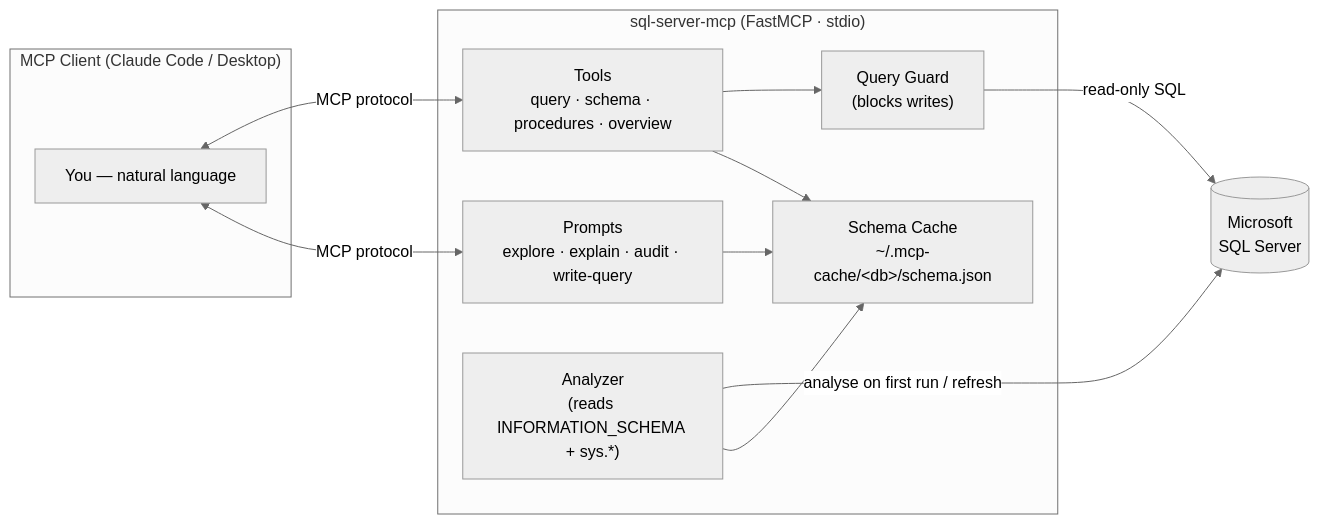
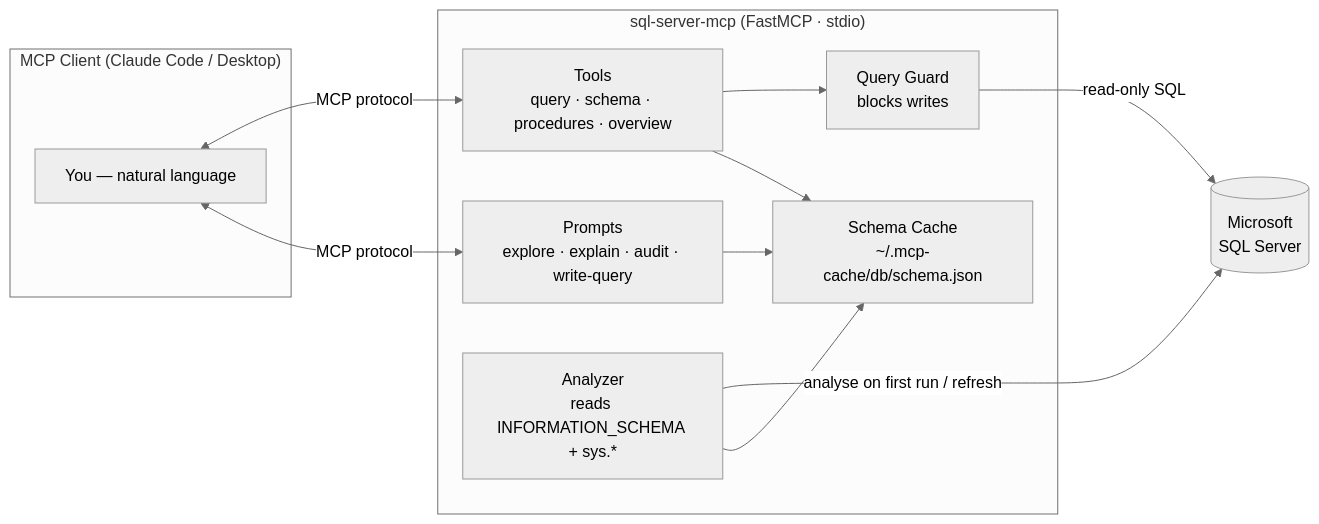
The first of 2 diagrams in README.md (kuldip-infinnium/sql-server-mcp), drawn with Mermaid (neutral theme) before and after one commit. The commit also changed other lines of this file, not shown here.

Commit message:
Fix Mermaid diagrams to render on GitHub
Remove quotes/parentheses from sequence-diagram message labels and
replace literal \n with <br/> in the flowchart node labels.

````diff
--- a/README.md
+++ b/README.md
@@ -57,25 +57,25 @@
 ```mermaid
 flowchart LR
     subgraph Client["MCP Client (Claude Code / Desktop)"]
         U["You — natural language"]
     end
 
     subgraph Server["sql-server-mcp (FastMCP · stdio)"]
-        T["Tools\nquery · schema · procedures · overview"]
-        P["Prompts\nexplore · explain · audit · write-query"]
-        C["Schema Cache\n~/.mcp-cache/&lt;db&gt;/schema.json"]
-        A["Analyzer\n(reads INFORMATION_SCHEMA + sys.*)"]
-        G["Query Guard\n(blocks writes)"]
+        T["Tools<br/>query · schema · procedures · overview"]
+        P["Prompts<br/>explore · explain · audit · write-query"]
+        C["Schema Cache<br/>~/.mcp-cache/db/schema.json"]
+        A["Analyzer<br/>reads INFORMATION_SCHEMA + sys.*"]
+        G["Query Guard<br/>blocks writes"]
     end
 
-    DB[("Microsoft\nSQL Server")]
+    DB[("Microsoft<br/>SQL Server")]
 
     U <-->|MCP protocol| T
     U <-->|MCP protocol| P
     T --> G
     G -->|read-only SQL| DB
     A -->|analyse on first run / refresh| DB
     A --> C
     T --> C
     P --> C
 ```
````
